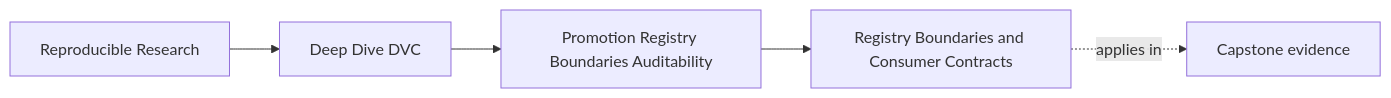
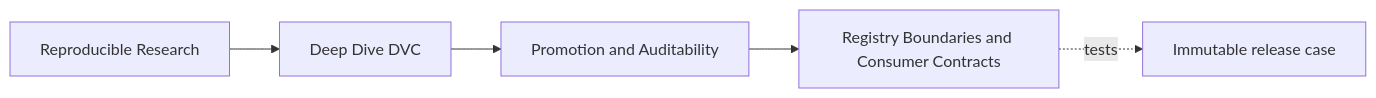
The first of 4 diagrams in programs/reproducible-research/deep-dive-dvc/course-book/module-09-promotion-registry-boundaries-auditability/registry-boundaries-and-consumer-contracts.md (bijux/bijux-masterclass), drawn with Mermaid before and after one commit. The commit also changed other lines of this file, not shown here.

Commit message:
docs(dvc): separate registry and remote responsibilities

````diff
--- a/programs/reproducible-research/deep-dive-dvc/course-book/module-09-promotion-registry-boundaries-auditability/registry-boundaries-and-consumer-contracts.md
+++ b/programs/reproducible-research/deep-dive-dvc/course-book/module-09-promotion-registry-boundaries-auditability/registry-boundaries-and-consumer-contracts.md
@@ -7,11 +5,11 @@
 ```mermaid
 graph LR
   family["Reproducible Research"]
   program["Deep Dive DVC"]
-  section["Promotion Registry Boundaries Auditability"]
+  section["Promotion and Auditability"]
   page["Registry Boundaries and Consumer Contracts"]
-  capstone["Capstone evidence"]
+  evidence["Immutable release case"]
 
   family --> program --> section --> page
-  page -.applies in.-> capstone
+  page -.tests.-> evidence
 ```
````
